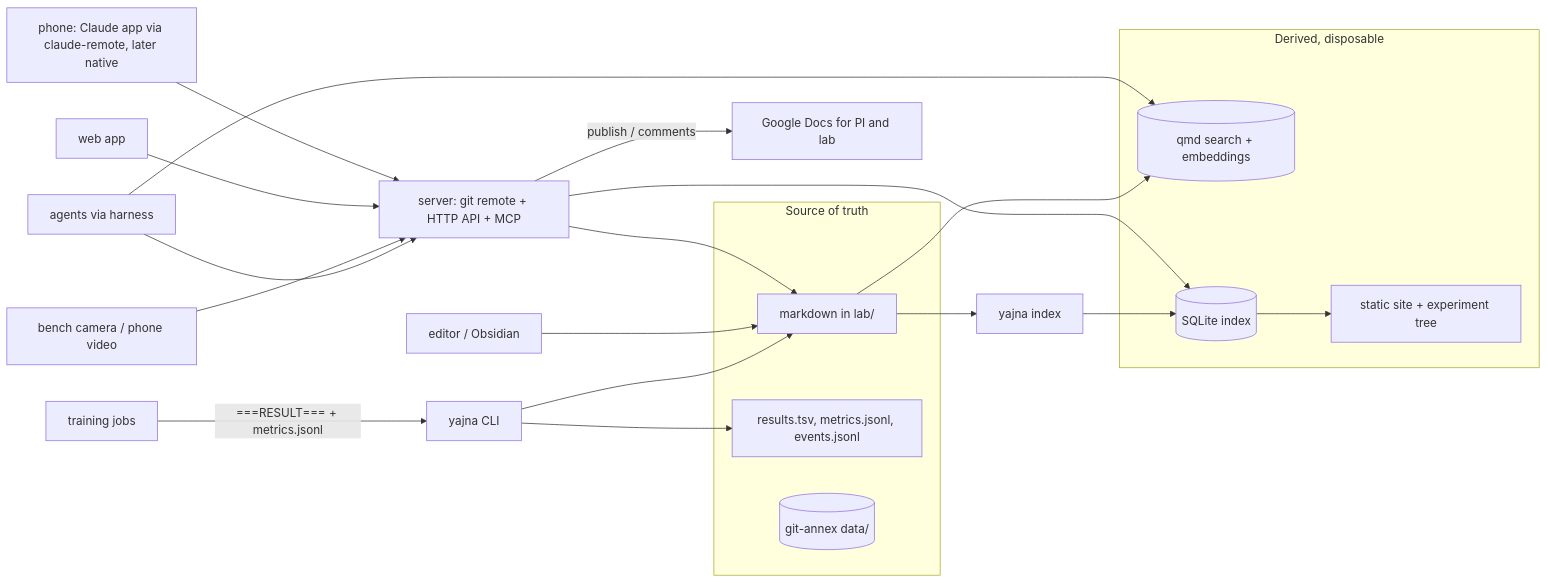
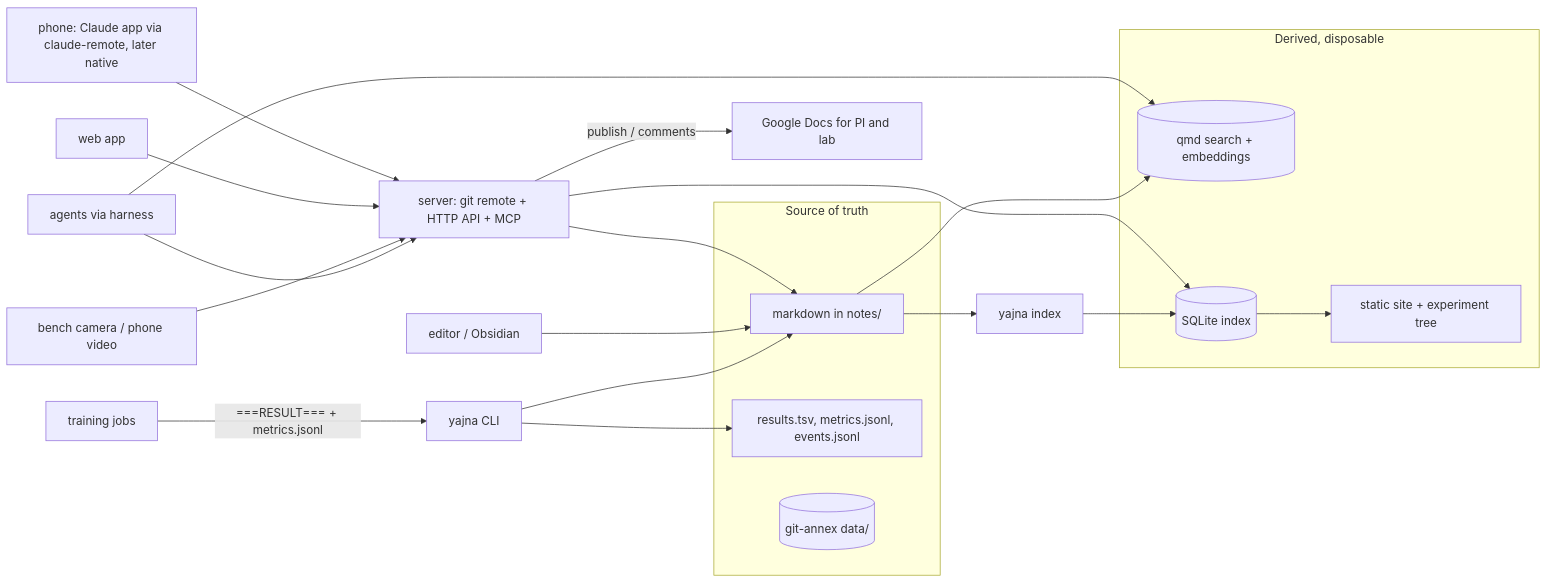
The diagram in docs/architecture.md (leoank/yajna), drawn with Mermaid before and after one commit. The commit also changed other lines of this file and 32 other files, not shown here.

````diff
--- a/docs/architecture.md
+++ b/docs/architecture.md
@@ -486,27 +488,27 @@
 ```mermaid
 flowchart LR
   subgraph truth [Source of truth]
-    MD[markdown in lab/]
+    MD[markdown in notes/]
     TSV[results.tsv, metrics.jsonl, events.jsonl]
     ANNEX[(git-annex data/)]
   end
   subgraph derived [Derived, disposable]
     QMD[(qmd search + embeddings)]
     IDX[(SQLite index)]
     SITE[static site + experiment tree]
   end
   CLI[yajna CLI] --> MD
   CLI --> TSV
   EDITOR[editor / Obsidian] --> MD
   MD --> QMD
   MD --> INDEXER[yajna index] --> IDX --> SITE
   SERVER[server: git remote + HTTP API + MCP] --> MD
   SERVER --> IDX
   AGENT[agents via harness] --> SERVER
   AGENT --> QMD
   CAMERA[bench camera / phone video] --> SERVER
   WEB[web app] --> SERVER
   SERVER -- publish / comments --> GDOC[Google Docs for PI and lab]
   PHONE[phone: Claude app via claude-remote, later native] --> SERVER
   RUNS[training jobs] -- ===RESULT=== + metrics.jsonl --> CLI
 ```
````
